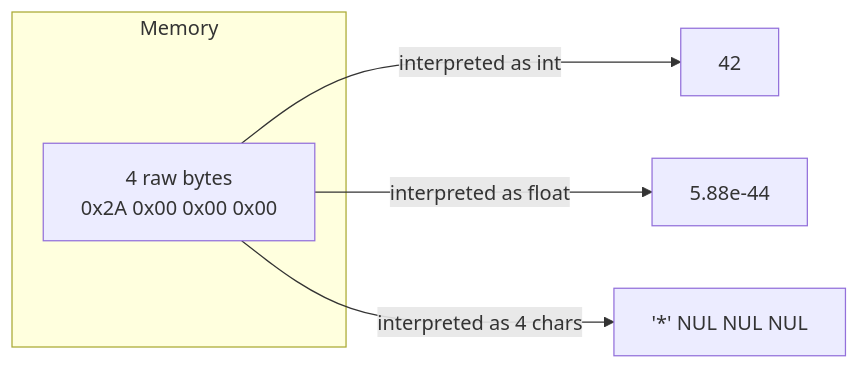
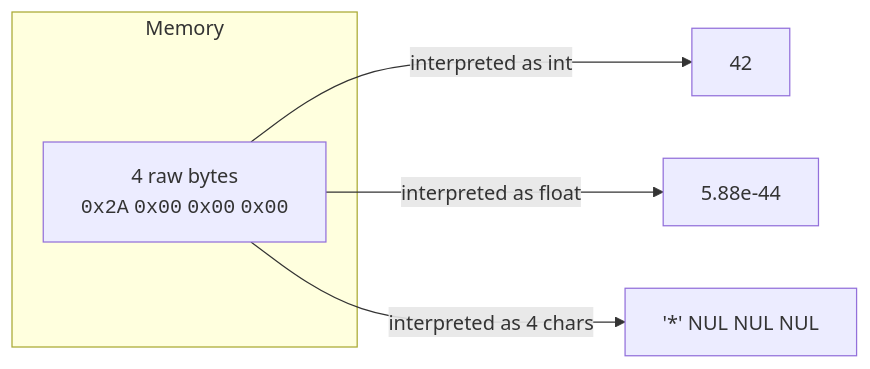
The second of 4 diagrams in content/learn/from-zero-to-cpp/variables-and-memory.mdx (dataslope/dataslope), drawn with Mermaid before and after one commit. The commit also changed other lines of this file and 100 other files, not shown here.

First line of the commit message:
Wrap more code in diagram labels: filenames, hex, assignments, subgraph titles

````diff
--- a/content/learn/from-zero-to-cpp/variables-and-memory.mdx
+++ b/content/learn/from-zero-to-cpp/variables-and-memory.mdx
@@ -91,9 +91,9 @@
 ```mermaid
 flowchart LR
     subgraph Memory
-        B["4 raw bytes<br/>0x2A 0x00 0x00 0x00"]
+        B["4 raw bytes<br/><code>0x2A</code> <code>0x00</code> <code>0x00</code> <code>0x00</code>"]
     end
     B -->|interpreted as int| I[42]
     B -->|interpreted as float| F[5.88e-44]
     B -->|interpreted as 4 chars| C["'*' NUL NUL NUL"]
 ```
````
